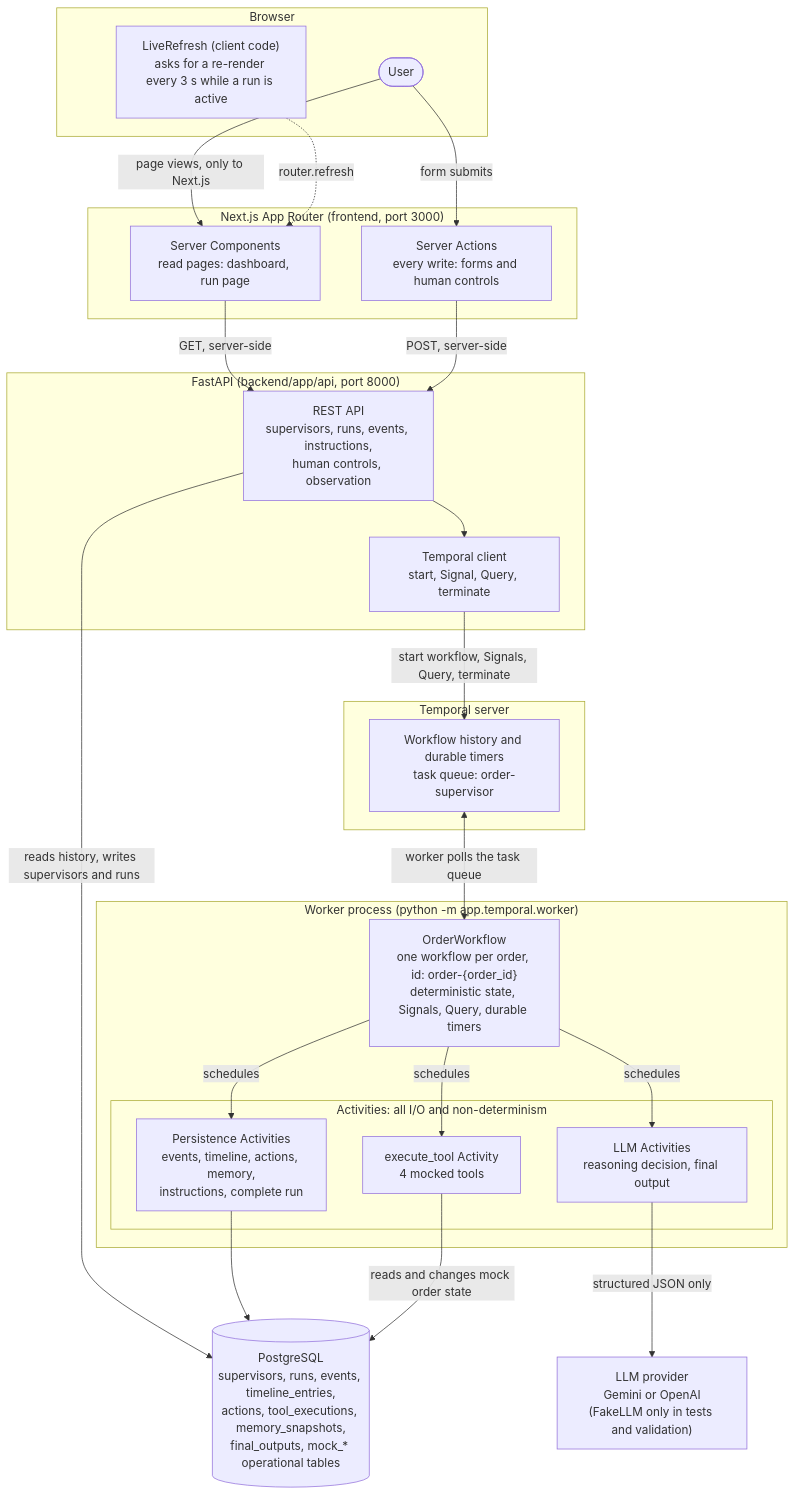
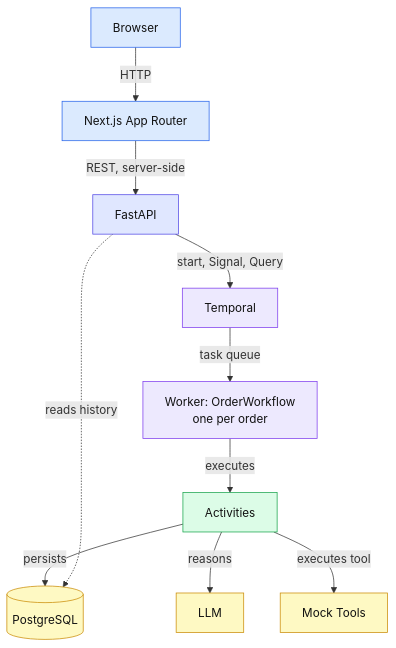
The first of 4 diagrams in README.md (averagecoder4088/AI-supervisor), drawn with Mermaid before and after one commit. The commit also changed other lines of this file, not shown here.

Commit message:
Clean up Mermaid architecture diagrams

````diff
--- a/README.md
+++ b/README.md
@@ -49,49 +49,33 @@
 ```mermaid
 flowchart TB
-    subgraph BR["Browser"]
-        live["LiveRefresh (client code)<br/>asks for a re-render every 3 s while a run is active"]
-        user(["User"])
-    end
+    browser["Browser"]
+    next["Next.js App Router"]
+    api["FastAPI"]
+    temporal["Temporal"]
+    wf["Worker: OrderWorkflow<br/>one per order"]
+    act["Activities"]
+    pg[("PostgreSQL")]
+    llm["LLM"]
+    tools["Mock Tools"]
 
-    subgraph FE["Next.js App Router (frontend, port 3000)"]
-        pages["Server Components<br/>read pages: dashboard, run page"]
-        actions["Server Actions<br/>every write: forms and human controls"]
-    end
+    browser -->|"HTTP"| next
+    next -->|"REST, server-side"| api
+    api -->|"start, Signal, Query"| temporal
+    temporal -->|"task queue"| wf
+    wf -->|"executes"| act
+    act -->|"persists"| pg
+    act -->|"reasons"| llm
+    act -->|"executes tool"| tools
+    api -.->|"reads history"| pg
 
-    subgraph BE["FastAPI (backend/app/api, port 8000)"]
-        api["REST API<br/>supervisors, runs, events, instructions,<br/>human controls, observation"]
-        tclient["Temporal client<br/>start, Signal, Query, terminate"]
-    end
-
-    subgraph TS["Temporal server"]
-        thist["Workflow history and durable timers<br/>task queue: order-supervisor"]
-    end
-
-    subgraph WK["Worker process (python -m app.temporal.worker)"]
-        wf["OrderWorkflow<br/>one workflow per order, id: order-{order_id}<br/>deterministic state, Signals, Query, durable timers"]
-        subgraph ACT["Activities: all I/O and non-determinism"]
-            llmact["LLM Activities<br/>reasoning decision, final output"]
-            persist["Persistence Activities<br/>events, timeline, actions, memory,<br/>instructions, complete run"]
-            toolact["execute_tool Activity<br/>4 mocked tools"]
-        end
-    end
-
-    pg[("PostgreSQL<br/>supervisors, runs, events, timeline_entries,<br/>actions, tool_executions, memory_snapshots,<br/>final_outputs, mock_* operational tables")]
-    llm["LLM provider<br/>Gemini or OpenAI<br/>(FakeLLM only in tests and validation)"]
-
-    user -->|"page views, only to Next.js"| pages
-    user -->|"form submits"| actions
-    live -.->|"router.refresh"| pages
-    pages -->|"GET, server-side"| api
-    actions -->|"POST, server-side"| api
-    api -->|"reads history, writes supervisors and runs"| pg
-    api --> tclient
-    tclient -->|"start workflow, Signals, Query, terminate"| thist
-    thist <-->|"worker polls the task queue"| wf
-    wf -->|"schedules"| llmact
-    wf -->|"schedules"| persist
-    wf -->|"schedules"| toolact
-    llmact -->|"structured JSON only"| llm
-    persist --> pg
-    toolact -->|"reads and changes mock order state"| pg
+    classDef front fill:#dbeafe,stroke:#2563eb,color:#111
+    classDef back fill:#e0e7ff,stroke:#4f46e5,color:#111
+    classDef orch fill:#ede9fe,stroke:#7c3aed,color:#111
+    classDef work fill:#dcfce7,stroke:#16a34a,color:#111
+    classDef data fill:#fef9c3,stroke:#ca8a04,color:#111
+    class browser,next front
+    class api back
+    class temporal,wf orch
+    class act work
+    class pg,llm,tools data
 ```
````
